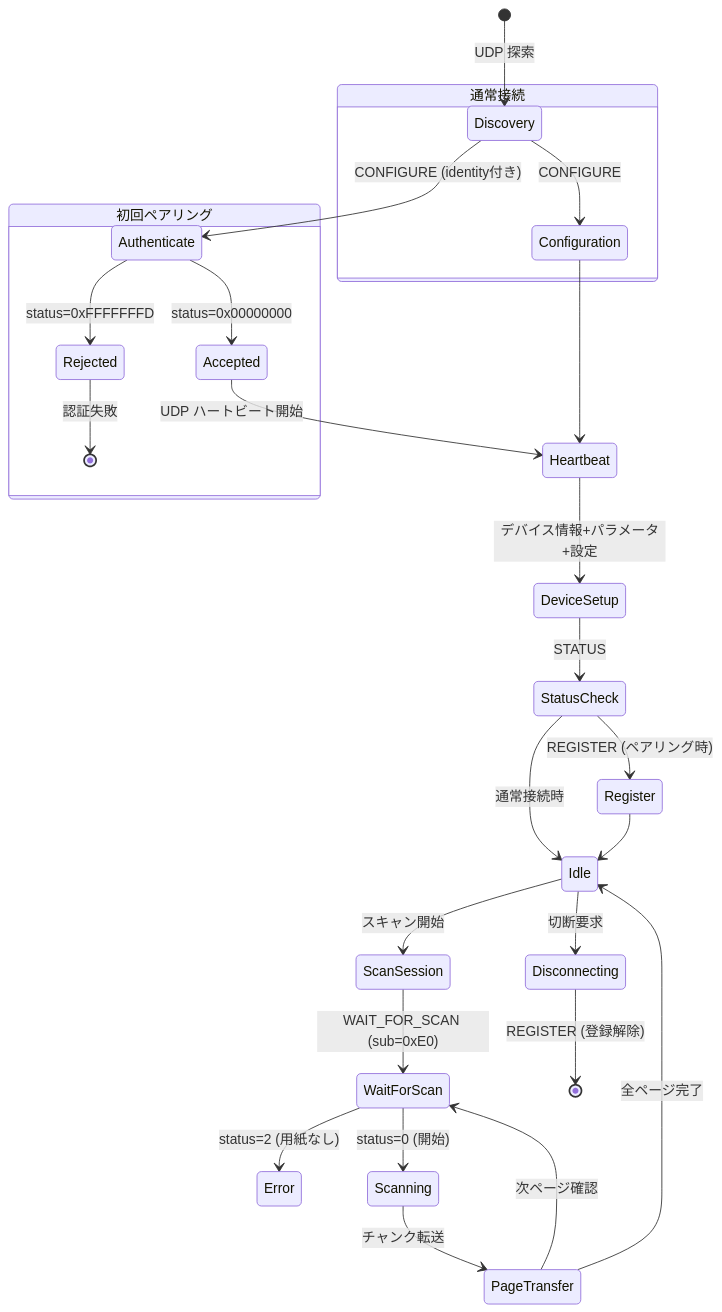
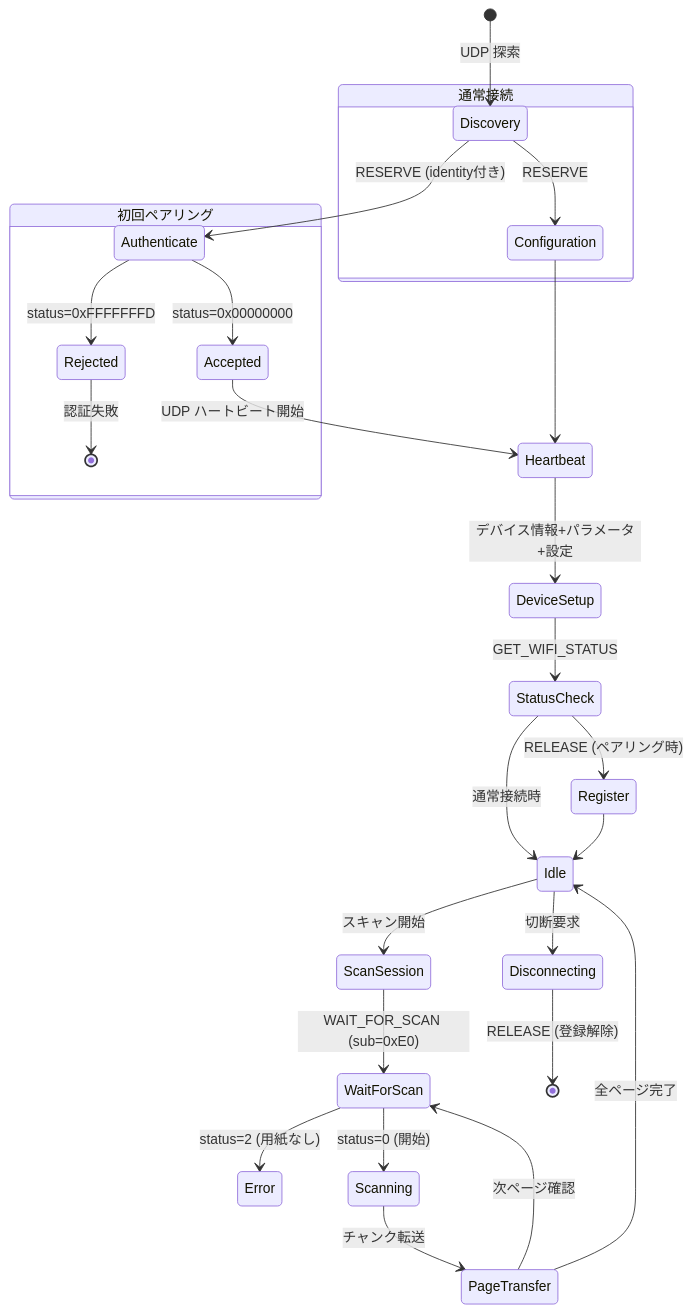
One commit to mzyy94/AirScap changed the fifth of 5 diagrams in protocol.md. Above: the diagram before and after it, drawn with Mermaid. The commit also changed other lines of this file and 7 other files, not shown here.

Commit message:
Rename control channel commands to match APK naming (RESERVE/RELEASE/GET_WIFI_STATUS)

````diff
--- a/protocol.md
+++ b/protocol.md
@@ -912,35 +912,35 @@
 ```mermaid
 stateDiagram-v2
     [*] --> Discovery: UDP 探索
 
     state "初回ペアリング" as Pairing {
-        Discovery --> Authenticate: CONFIGURE (identity付き)
+        Discovery --> Authenticate: RESERVE (identity付き)
         Authenticate --> Rejected: status=0xFFFFFFFD
         Rejected --> [*]: 認証失敗
         Authenticate --> Accepted: status=0x00000000
     }
 
     state "通常接続" as Normal {
-        Discovery --> Configuration: CONFIGURE
+        Discovery --> Configuration: RESERVE
     }
 
     Accepted --> Heartbeat: UDP ハートビート開始
     Configuration --> Heartbeat
 
     Heartbeat --> DeviceSetup: デバイス情報+パラメータ+設定
-    DeviceSetup --> StatusCheck: STATUS
-    StatusCheck --> Register: REGISTER (ペアリング時)
+    DeviceSetup --> StatusCheck: GET_WIFI_STATUS
+    StatusCheck --> Register: RELEASE (ペアリング時)
     StatusCheck --> Idle: 通常接続時
     Register --> Idle
 
     Idle --> ScanSession: スキャン開始
     ScanSession --> WaitForScan: WAIT_FOR_SCAN (sub=0xE0)
     WaitForScan --> Error: status=2 (用紙なし)
     WaitForScan --> Scanning: status=0 (開始)
     Scanning --> PageTransfer: チャンク転送
     PageTransfer --> WaitForScan: 次ページ確認
     PageTransfer --> Idle: 全ページ完了
 
     Idle --> Disconnecting: 切断要求
-    Disconnecting --> [*]: REGISTER (登録解除)
+    Disconnecting --> [*]: RELEASE (登録解除)
 ```
````
